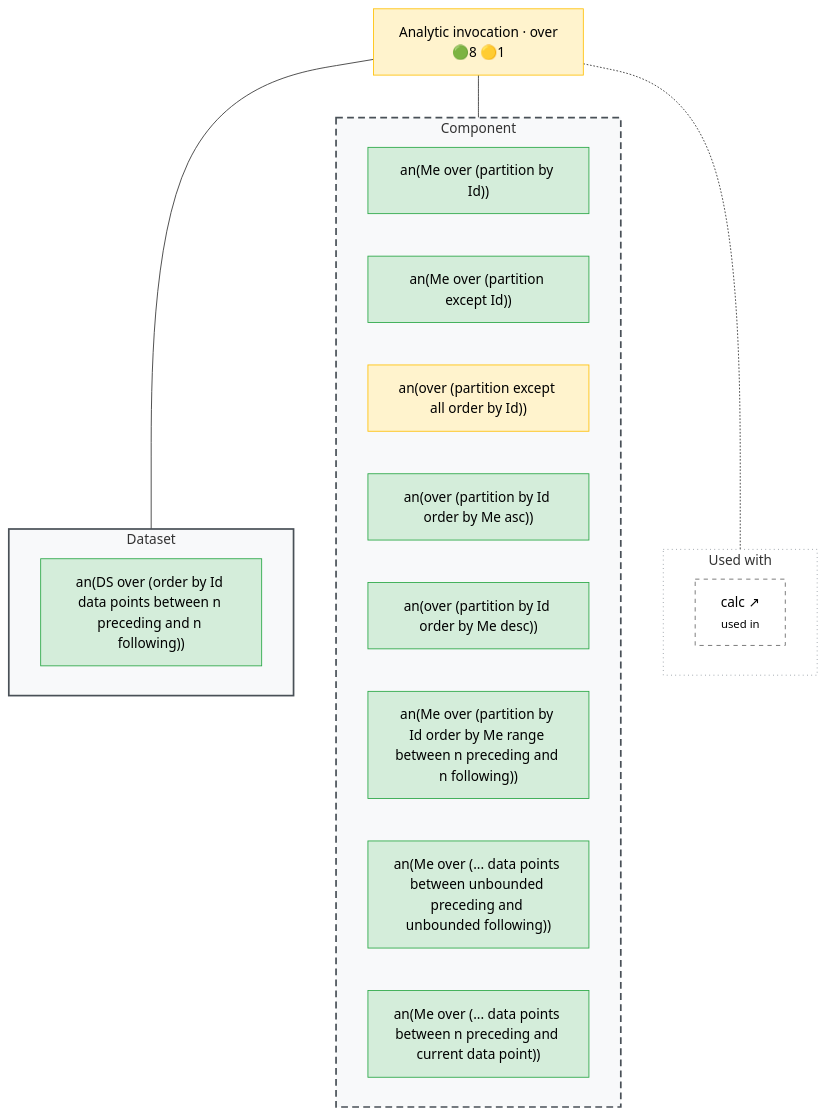
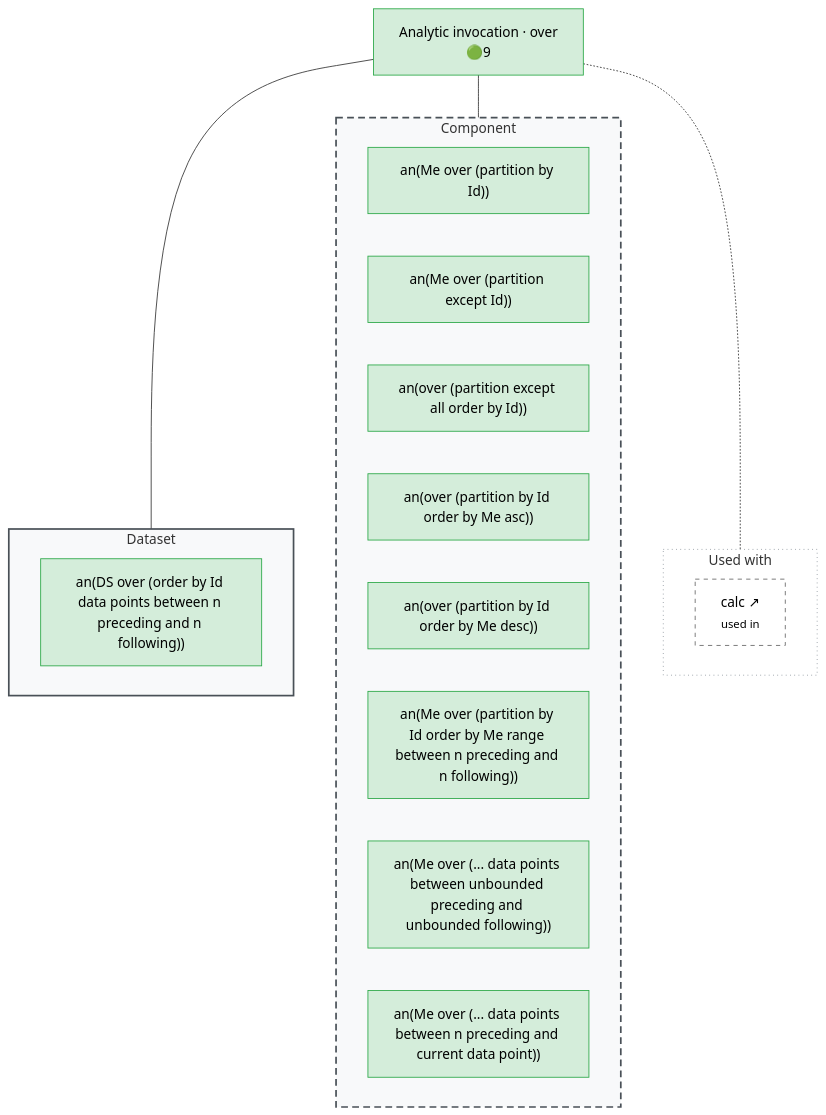
One commit to Meaningful-Data/vtlengine changed the diagram in docs/operator_map/aggregate/analytic_invocation.rst. Above: the diagram before and after it, drawn with Mermaid. The commit also changed other lines of this file and 140 other files, not shown here.

```diff
--- a/docs/operator_map/aggregate/analytic_invocation.rst
+++ b/docs/operator_map/aggregate/analytic_invocation.rst
@@ -21,47 +21,47 @@
 .. mermaid::
    :config: {"flowchart": {"useMaxWidth": false}}
 
    flowchart TB
        classDef ok fill:#d4edda,stroke:#28a745,color:#000
        classDef partial fill:#fff3cd,stroke:#ffc107,color:#000
        classDef refused fill:#d4edda,stroke:#28a745,stroke-width:3px,stroke-dasharray: 2 2,color:#000
        classDef missing fill:#f8d7da,stroke:#dc3545,color:#000
        classDef diverge fill:#cce5ff,stroke:#007bff,color:#000
        classDef block fill:#2b3a4a,stroke:#2b3a4a,color:#fff,font-weight:bold
        classDef ext fill:#fff,stroke:#666,color:#000,stroke-dasharray: 5 5
-       O["Analytic invocation · over<br/>🟢8 🟡1"]:::partial
+       O["Analytic invocation · over<br/>🟢9"]:::ok
        subgraph G_ds["Dataset"]
            direction LR
            v_window_data_points["an(DS over (order by Id data points between n preceding and n following))"]:::ok
        end
        subgraph G_comp["Component"]
            direction LR
            v_partition_by["an(Me over (partition by Id))"]:::ok
            v_partition_except["an(Me over (partition except Id))"]:::ok
-           v_partition_except_all["an(over (partition except all order by Id))"]:::partial
+           v_partition_except_all["an(over (partition except all order by Id))"]:::ok
            v_order_asc["an(over (partition by Id order by Me asc))"]:::ok
            v_order_desc["an(over (partition by Id order by Me desc))"]:::ok
            v_window_range["an(Me over (partition by Id order by Me range between n preceding and n following))"]:::ok
            v_window_unbounded["an(Me over (... data points between unbounded preceding and unbounded following))"]:::ok
            v_window_current["an(Me over (... data points between n preceding and current data point))"]:::ok
        end
        subgraph G_use["Used with"]
            direction LR
            used__clause__calc["calc ↗<br/><small>used in</small>"]:::ext
        end
        O --- G_ds
        O --- G_comp
        O -.- G_use
        style G_ds fill:#f8f9fa,stroke:#495057,stroke-width:2px
        style G_comp fill:#f8f9fa,stroke:#495057,stroke-width:2px,stroke-dasharray: 8 5
        style G_use fill:#ffffff,stroke:#868e96,stroke-width:1px,stroke-dasharray: 1 4
        click v_partition_by href "#form-partition-by"
        click v_partition_except href "#form-partition-except"
        click v_partition_except_all href "#form-partition-except-all"
        click v_order_asc href "#form-order-asc"
        click v_order_desc href "#form-order-desc"
        click v_window_data_points href "#form-window-data-points"
        click v_window_range href "#form-window-range"
        click v_window_unbounded href "#form-window-unbounded"
        click v_window_current href "#form-window-current"
        click used__clause__calc href "../clause/calc.html" "Calculation of a Component · calc"
```
